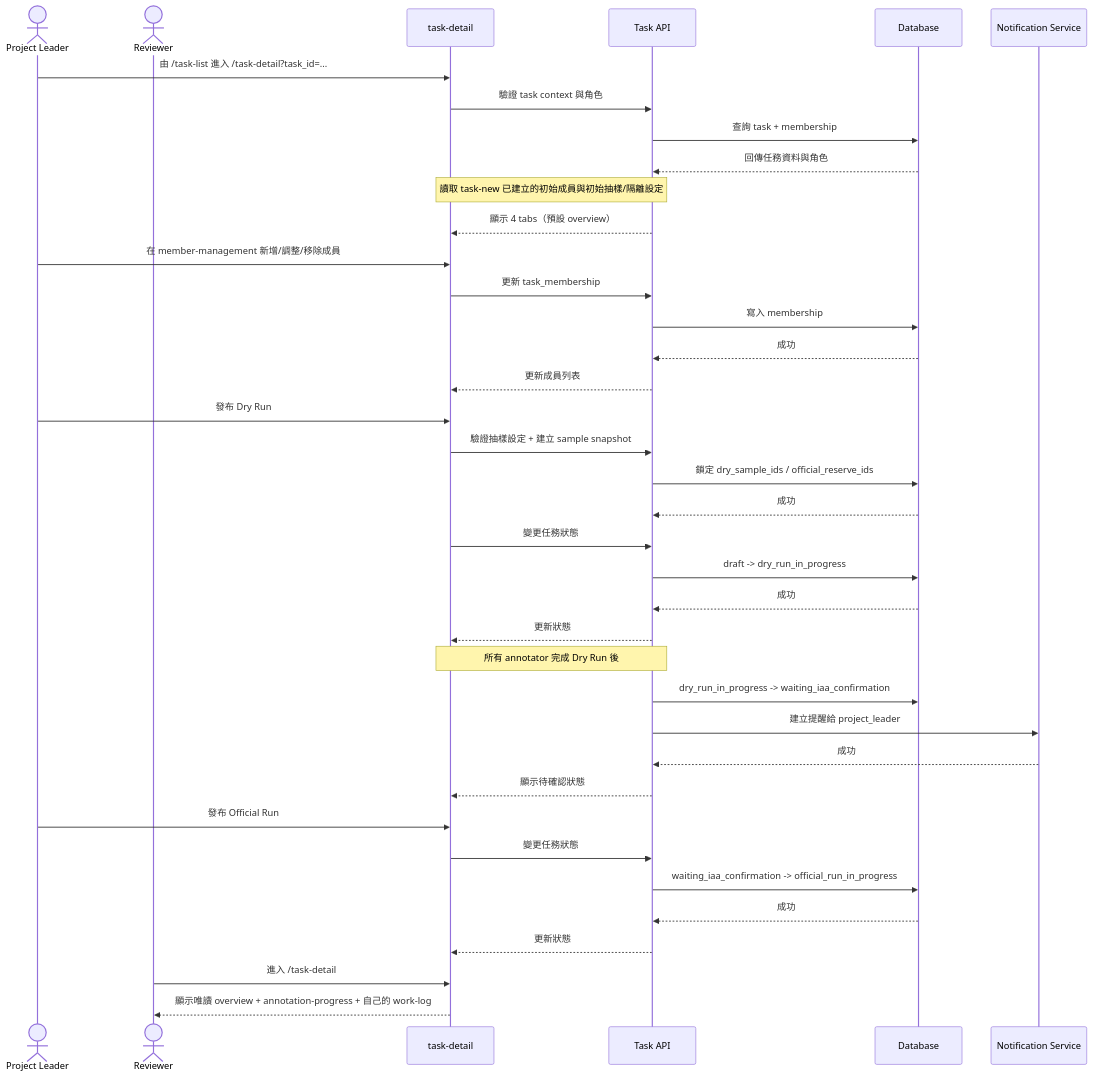
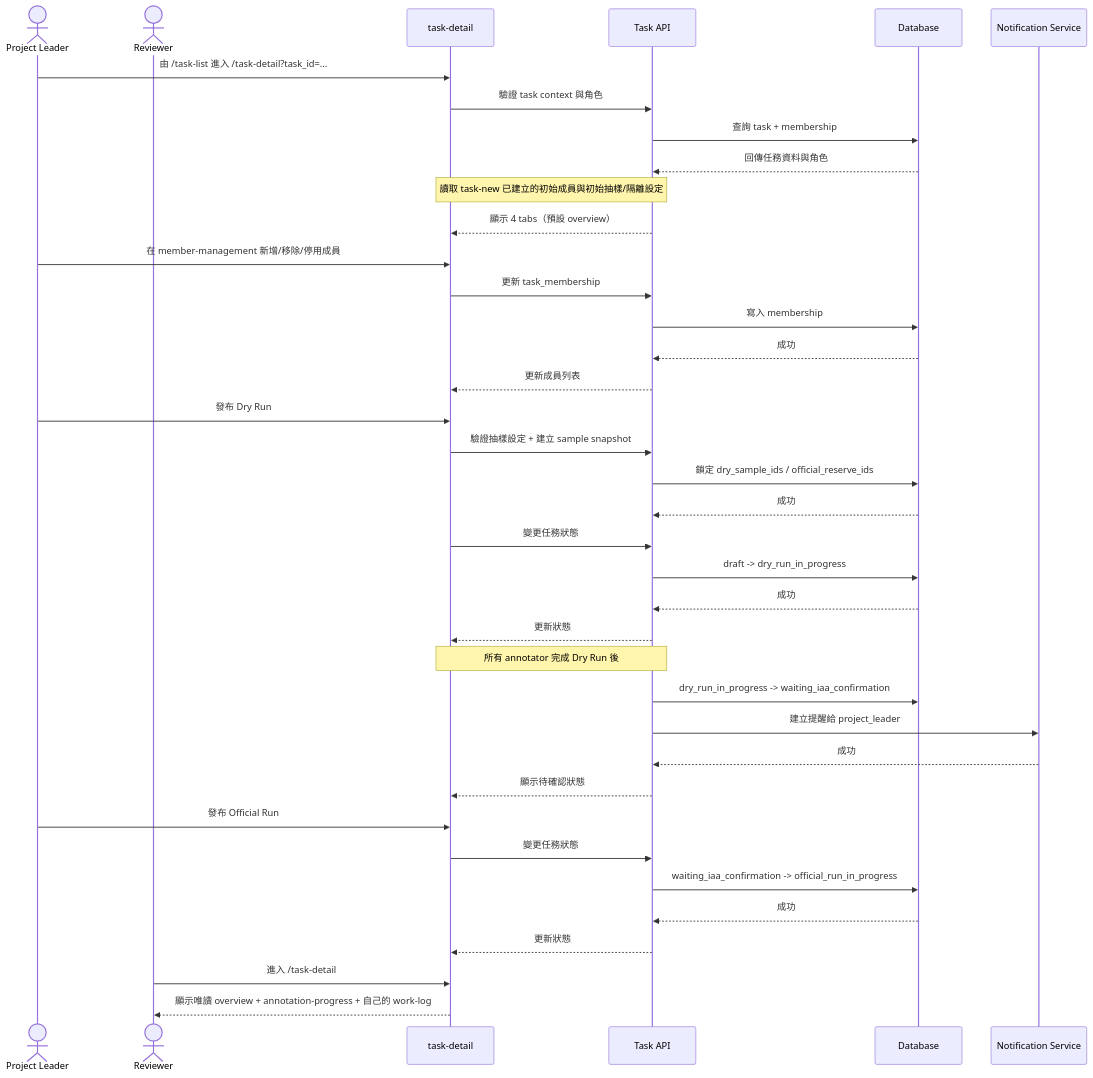
The first of 2 diagrams in specs/task-management/014-task-detail/spec.md (singyichen/label-suite), drawn with Mermaid before and after one commit. The commit also changed other lines of this file and 1 other file, not shown here.

First line of the commit message:
fix(task-detail): lock existing member task roles as read-only

````diff
--- a/specs/task-management/014-task-detail/spec.md
+++ b/specs/task-management/014-task-detail/spec.md
@@ -31,46 +31,46 @@
 ```mermaid
 sequenceDiagram
     actor PL as Project Leader
     actor RV as Reviewer
     participant UI as task-detail
     participant API as Task API
     participant DB as Database
     participant Notify as Notification Service
 
     PL->>UI: 由 /task-list 進入 /task-detail?task_id=...
     UI->>API: 驗證 task context 與角色
     API->>DB: 查詢 task + membership
     DB-->>API: 回傳任務資料與角色
     Note over UI,API: 讀取 task-new 已建立的初始成員與初始抽樣/隔離設定
     API-->>UI: 顯示 4 tabs（預設 overview）
 
-    PL->>UI: 在 member-management 新增/調整/移除成員
+    PL->>UI: 在 member-management 新增/移除/停用成員
     UI->>API: 更新 task_membership
     API->>DB: 寫入 membership
     DB-->>API: 成功
     API-->>UI: 更新成員列表
 
     PL->>UI: 發布 Dry Run
     UI->>API: 驗證抽樣設定 + 建立 sample snapshot
     API->>DB: 鎖定 dry_sample_ids / official_reserve_ids
     DB-->>API: 成功
     UI->>API: 變更任務狀態
     API->>DB: draft -> dry_run_in_progress
     DB-->>API: 成功
     API-->>UI: 更新狀態
 
     Note over UI,API: 所有 annotator 完成 Dry Run 後
     API->>DB: dry_run_in_progress -> waiting_iaa_confirmation
     API->>Notify: 建立提醒給 project_leader
     Notify-->>API: 成功
     API-->>UI: 顯示待確認狀態
 
     PL->>UI: 發布 Official Run
     UI->>API: 變更任務狀態
     API->>DB: waiting_iaa_confirmation -> official_run_in_progress
     DB-->>API: 成功
     API-->>UI: 更新狀態
 
     RV->>UI: 進入 /task-detail
     UI-->>RV: 顯示唯讀 overview + annotation-progress + 自己的 work-log
 ```
````
